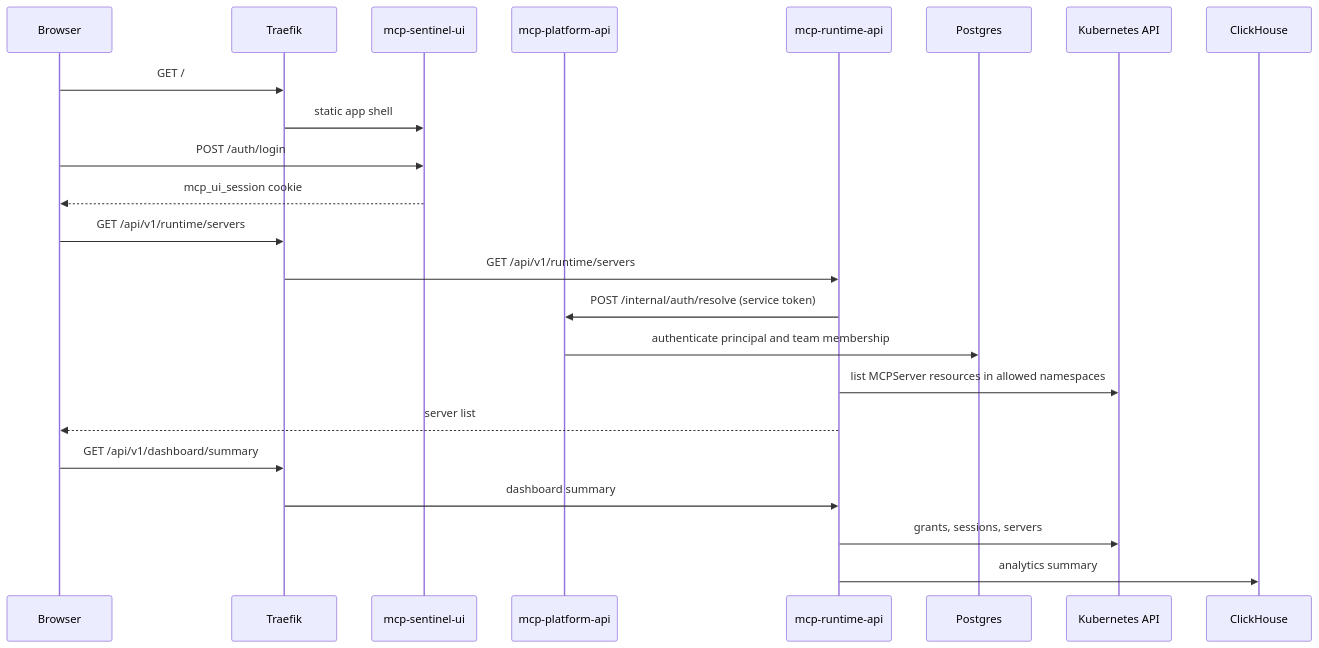
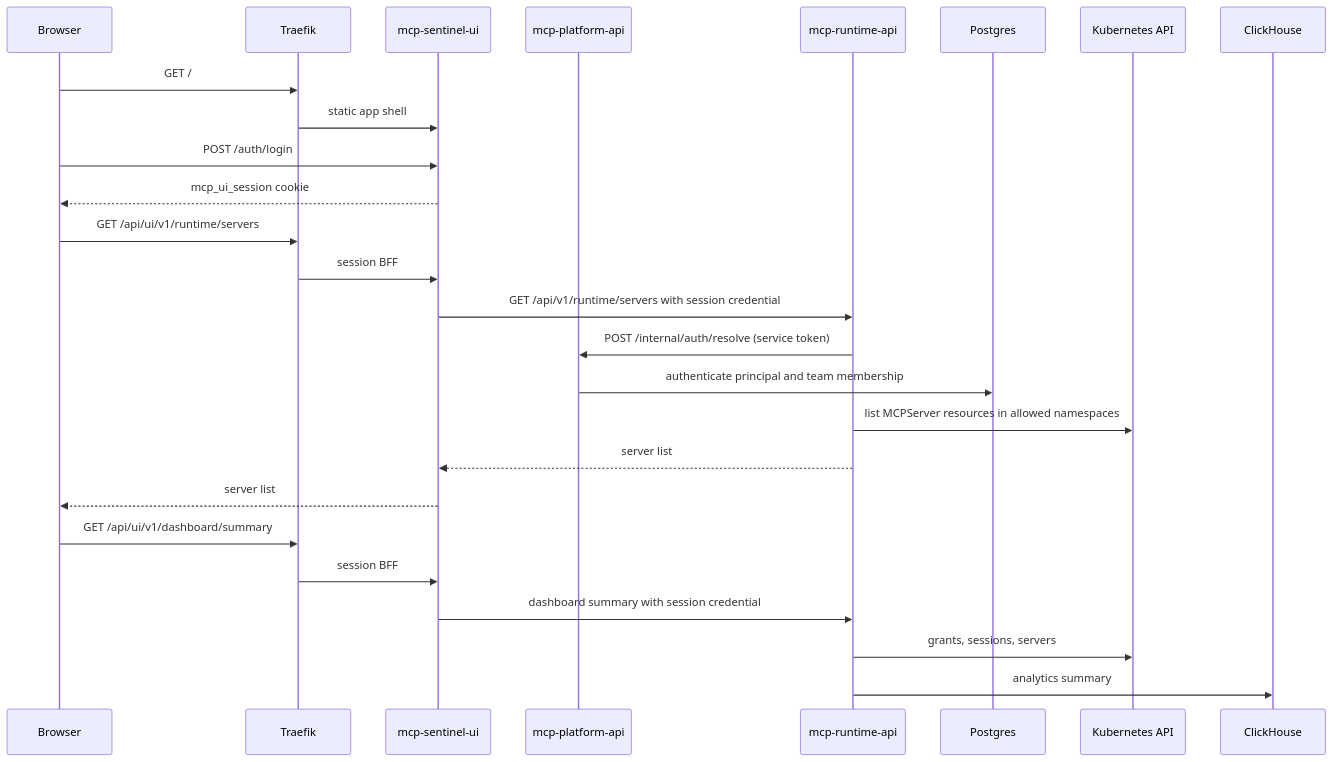
Before and after one commit to Agent-Hellboy/mcp-runtime: the fifth of 9 diagrams in docs/internals/request-flows.md, drawn with Mermaid. The commit also changed other lines of this file and 18 other files, not shown here.

Commit message:
fix(ui): add session-backed dashboard read proxy

````diff
--- a/docs/internals/request-flows.md
+++ b/docs/internals/request-flows.md
@@ -154,26 +160,29 @@
 ```mermaid
 sequenceDiagram
     participant Browser
     participant Ingress as Traefik
     participant UI as mcp-sentinel-ui
     participant Platform as mcp-platform-api
     participant Runtime as mcp-runtime-api
     participant DB as Postgres
     participant K8s as Kubernetes API
     participant Store as ClickHouse
 
     Browser->>Ingress: GET /
     Ingress->>UI: static app shell
     Browser->>UI: POST /auth/login
     UI-->>Browser: mcp_ui_session cookie
-    Browser->>Ingress: GET /api/v1/runtime/servers
-    Ingress->>Runtime: GET /api/v1/runtime/servers
+    Browser->>Ingress: GET /api/ui/v1/runtime/servers
+    Ingress->>UI: session BFF
+    UI->>Runtime: GET /api/v1/runtime/servers with session credential
     Runtime->>Platform: POST /internal/auth/resolve (service token)
     Platform->>DB: authenticate principal and team membership
     Runtime->>K8s: list MCPServer resources in allowed namespaces
-    Runtime-->>Browser: server list
-    Browser->>Ingress: GET /api/v1/dashboard/summary
-    Ingress->>Runtime: dashboard summary
+    Runtime-->>UI: server list
+    UI-->>Browser: server list
+    Browser->>Ingress: GET /api/ui/v1/dashboard/summary
+    Ingress->>UI: session BFF
+    UI->>Runtime: dashboard summary with session credential
     Runtime->>K8s: grants, sessions, servers
     Runtime->>Store: analytics summary
 ```
````
